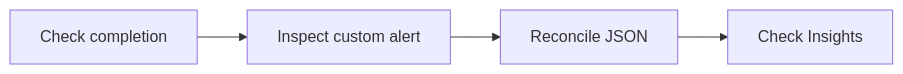
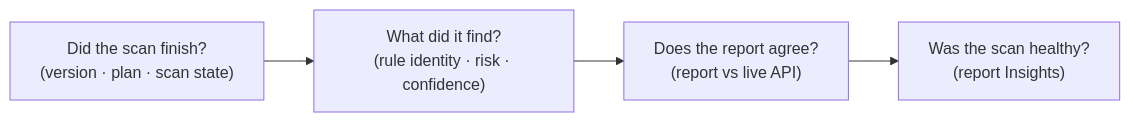
Before and after one commit to rupeshtiwari/pluralsight-script-development-with-zap: the diagram in demos/module2-demos/m2-demo2-zap-api-scan-evidence/README.md, drawn with Mermaid. The commit also changed other lines of this file and 5 other files, not shown here.

````diff
--- a/demos/module2-demos/m2-demo2-zap-api-scan-evidence/README.md
+++ b/demos/module2-demos/m2-demo2-zap-api-scan-evidence/README.md
@@ -39,10 +41,8 @@
 ```mermaid
 flowchart LR
-  S1["Check completion"]
-  S2["Inspect custom alert"]
-  S3["Reconcile JSON"]
-  S4["Check Insights"]
-  S1 --> S2
-  S2 --> S3
-  S3 --> S4
+  S1["Did the scan finish?<br/>(version · plan · scan state)"]
+  S2["What did it find?<br/>(rule identity · risk · confidence)"]
+  S3["Does the report agree?<br/>(report vs live API)"]
+  S4["Was the scan healthy?<br/>(report Insights)"]
+  S1 --> S2 --> S3 --> S4
 ```
````
